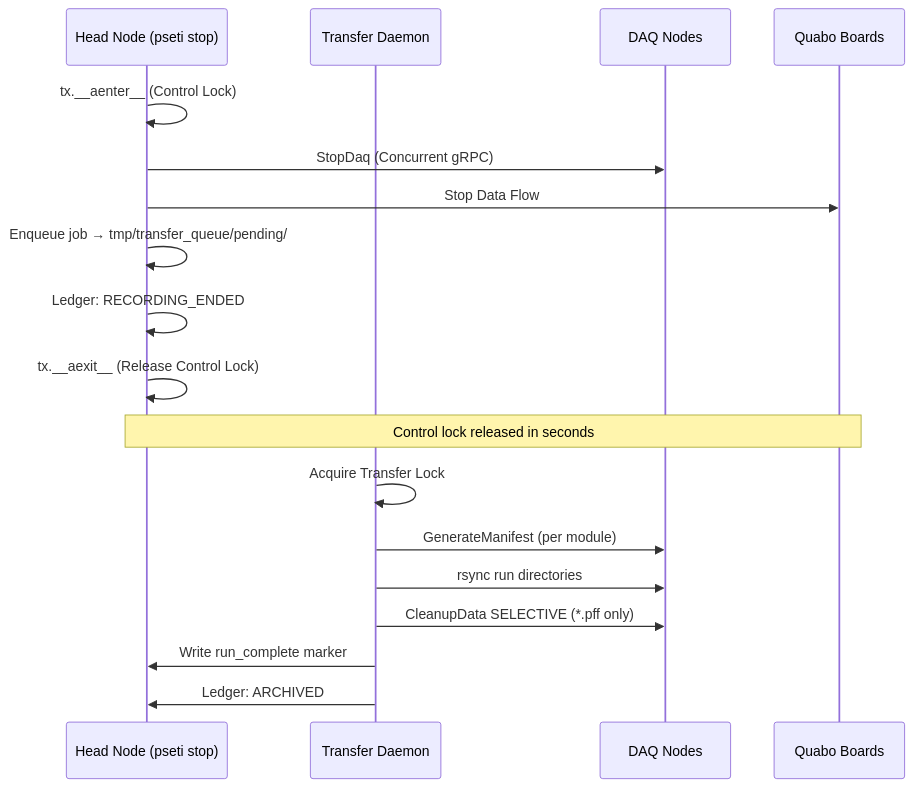
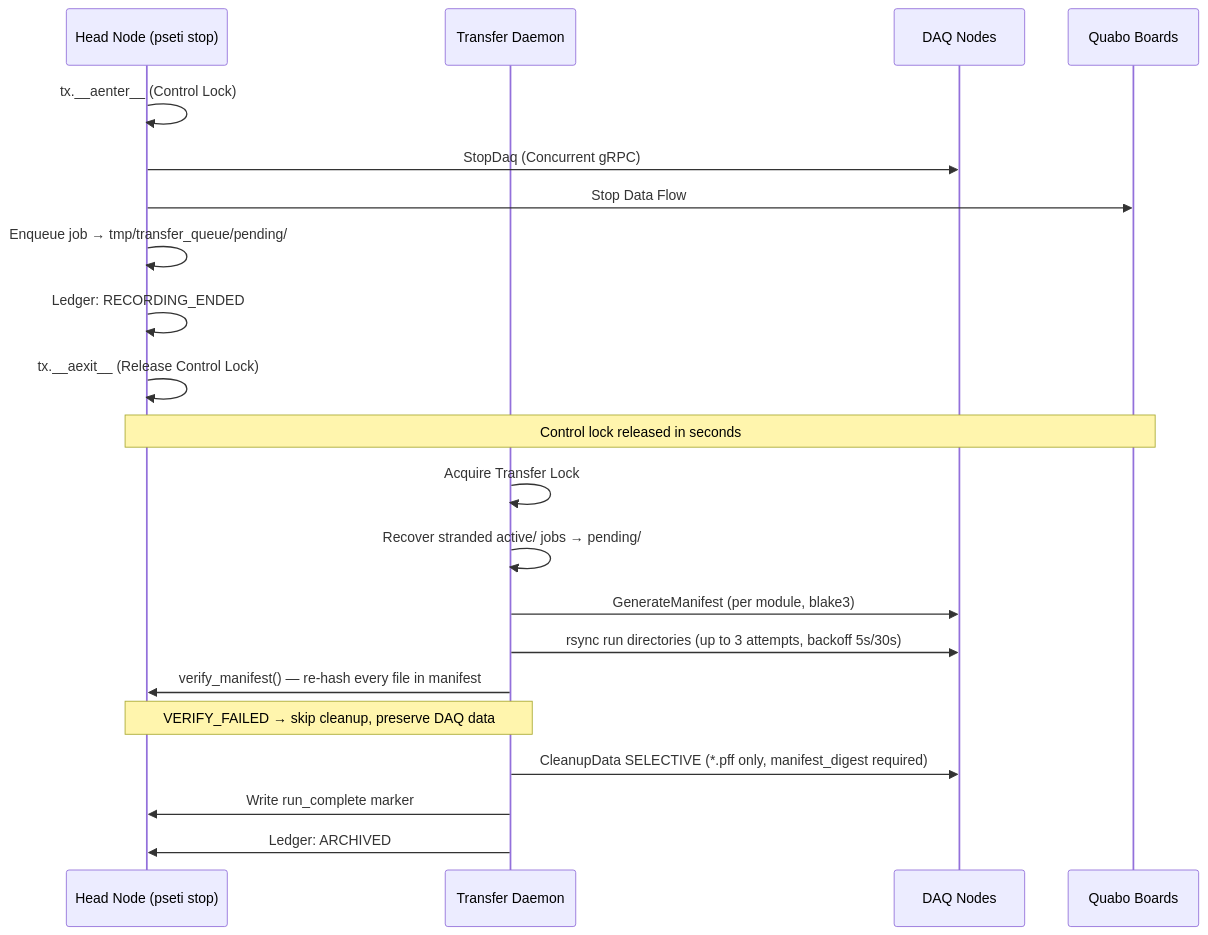
One commit to panoseti/panoseti changed the fourth of 4 diagrams in control/TRANSACTIONS.md. Above: the diagram before and after it, drawn with Mermaid. The commit also changed other lines of this file and 4 other files, not shown here.

````diff
--- a/control/TRANSACTIONS.md
+++ b/control/TRANSACTIONS.md
@@ -177,23 +195,26 @@
 ```mermaid
 sequenceDiagram
     participant Head as Head Node (pseti stop)
     participant Daemon as Transfer Daemon
     participant DAQ as DAQ Nodes
     participant Quabo as Quabo Boards
 
     Head->>Head: tx.__aenter__ (Control Lock)
     Head->>DAQ: StopDaq (Concurrent gRPC)
     Head->>Quabo: Stop Data Flow
     Head->>Head: Enqueue job → tmp/transfer_queue/pending/
     Head->>Head: Ledger: RECORDING_ENDED
     Head->>Head: tx.__aexit__ (Release Control Lock)
 
     Note over Head,Quabo: Control lock released in seconds
 
     Daemon->>Daemon: Acquire Transfer Lock
-    Daemon->>DAQ: GenerateManifest (per module)
-    Daemon->>DAQ: rsync run directories
-    Daemon->>DAQ: CleanupData SELECTIVE (*.pff only)
+    Daemon->>Daemon: Recover stranded active/ jobs → pending/
+    Daemon->>DAQ: GenerateManifest (per module, blake3)
+    Daemon->>DAQ: rsync run directories (up to 3 attempts, backoff 5s/30s)
+    Daemon->>Head: verify_manifest() — re-hash every file in manifest
+    Note over Daemon,Head: VERIFY_FAILED → skip cleanup, preserve DAQ data
+    Daemon->>DAQ: CleanupData SELECTIVE (*.pff only, manifest_digest required)
     Daemon->>Head: Write run_complete marker
     Daemon->>Head: Ledger: ARCHIVED
 ```
````
